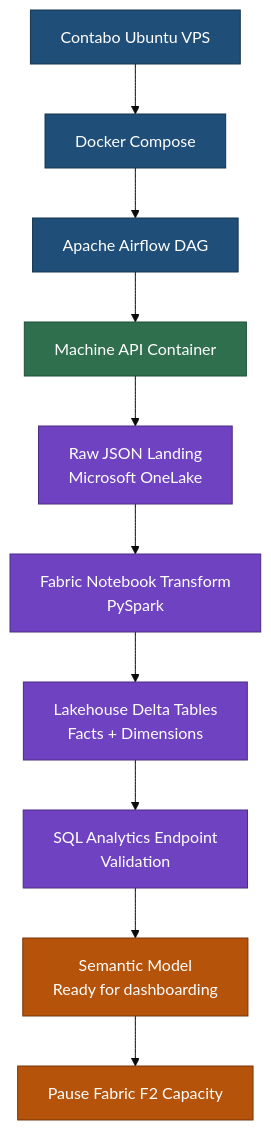
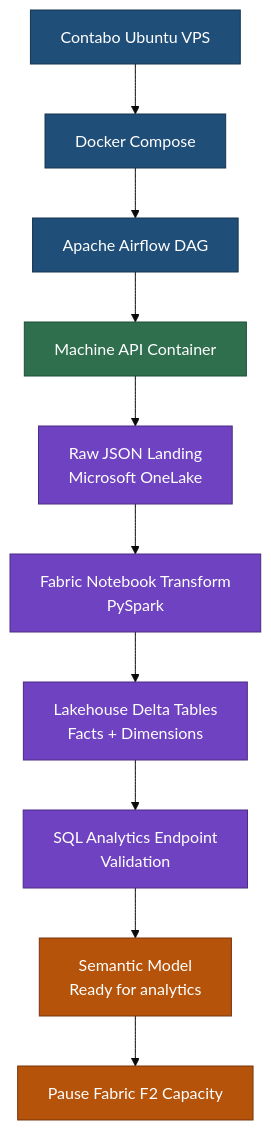
One commit to Tuaaut/airflow-fabric-iot-pipeline changed the first of 3 diagrams in README.md. Above: the diagram before and after it, drawn with Mermaid (base theme). The commit also changed other lines of this file, not shown here.

````diff
--- a/README.md
+++ b/README.md
@@ -34,22 +35,22 @@
 ```mermaid
 flowchart TD
     A["Contabo Ubuntu VPS"] --> B["Docker Compose"]
     B --> C["Apache Airflow DAG"]
     C --> D["Machine API Container"]
     D --> E["Raw JSON Landing<br/>Microsoft OneLake"]
     E --> F["Fabric Notebook Transform<br/>PySpark"]
     F --> G["Lakehouse Delta Tables<br/>Facts + Dimensions"]
     G --> H["SQL Analytics Endpoint<br/>Validation"]
-    H --> I["Semantic Model<br/>Ready for dashboarding"]
+    H --> I["Semantic Model<br/>Ready for analytics"]
     I --> J["Pause Fabric F2 Capacity"]
 
     classDef orchestrator fill:#1f4e79,stroke:#16344f,color:#fff;
     classDef source fill:#2f6f4e,stroke:#1f4f37,color:#fff;
     classDef fabric fill:#6f42c1,stroke:#4b2b83,color:#fff;
     classDef semantic fill:#b45309,stroke:#78350f,color:#fff;
 
     class A,B,C orchestrator;
     class D source;
     class E,F,G,H fabric;
     class I,J semantic;
 ```
````
